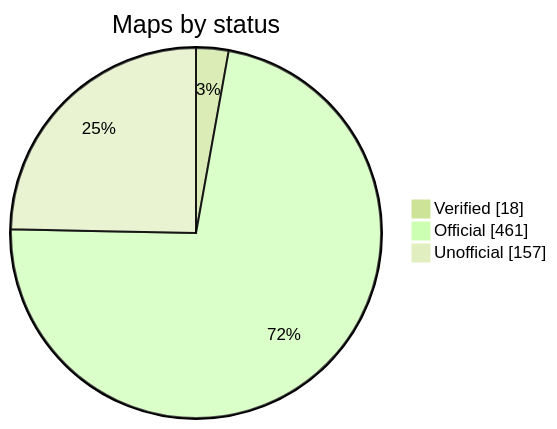
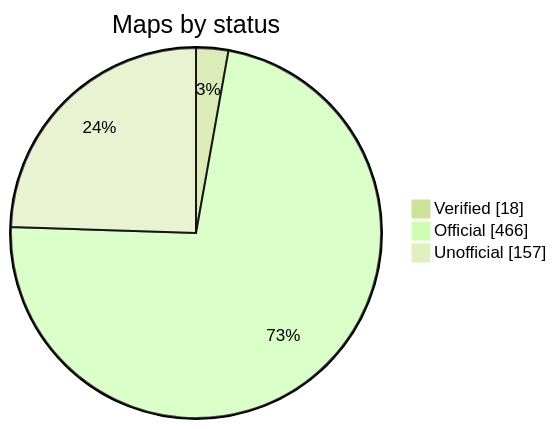
The diagram in README.md (nobrega8/mbmap-library), drawn with Mermaid (forest theme) before and after one commit. The commit also changed 10 other files, not shown here.

````diff
--- a/README.md
+++ b/README.md
@@ -52,7 +52,7 @@
 ```mermaid
 pie showData
     title Maps by status
     "Verified" : 18
-    "Official" : 461
+    "Official" : 466
     "Unofficial" : 157
 ```
````
